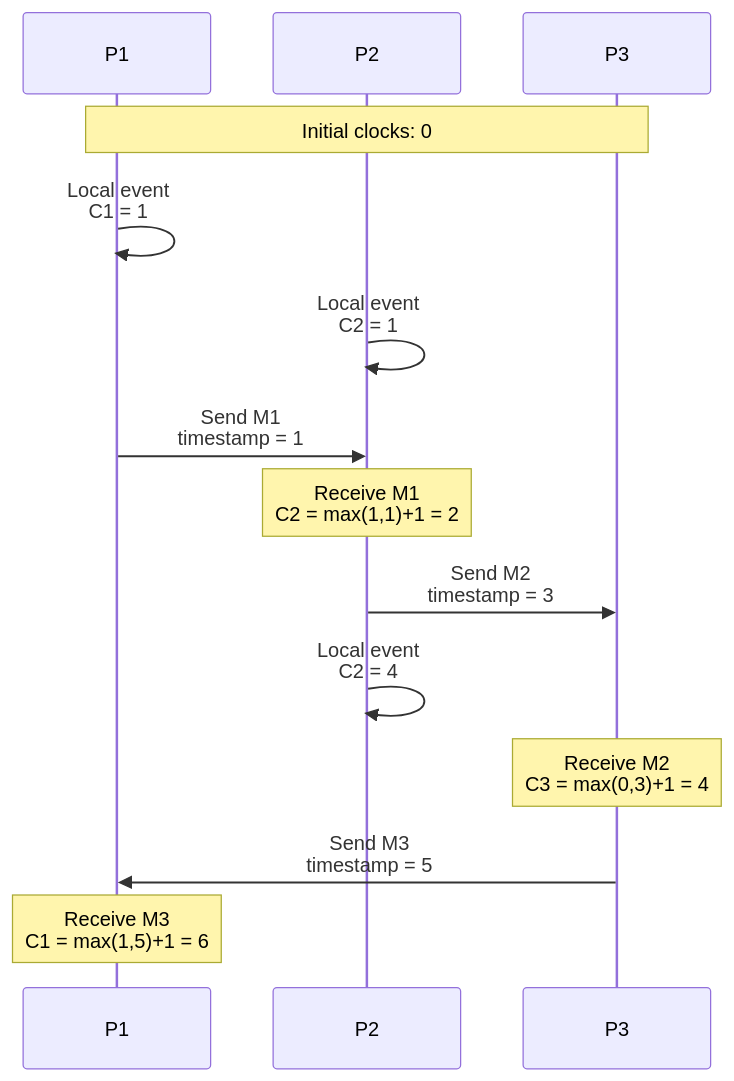
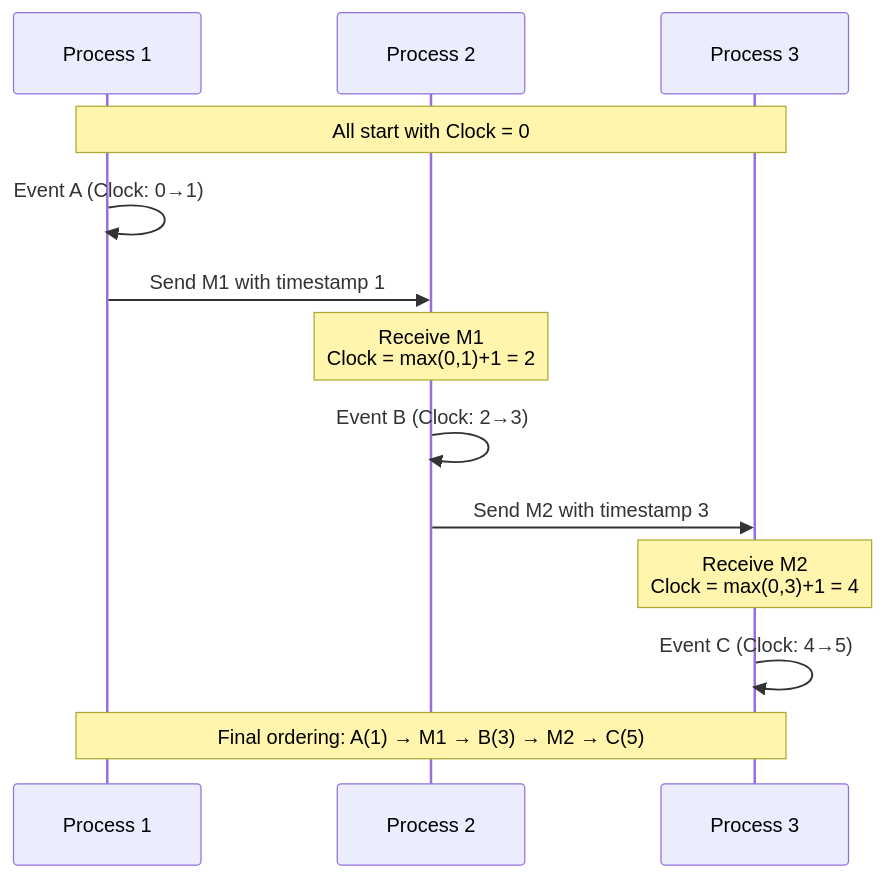
The third of 12 diagrams in docs/pattern-library/coordination/logical-clocks.md (deepaucksharma/DStudio), drawn with Mermaid before and after one commit. The commit also changed other lines of this file and 92 other files, not shown here.

````diff
--- a/docs/pattern-library/coordination/logical-clocks.md
+++ b/docs/pattern-library/coordination/logical-clocks.md
@@ -108,22 +114,18 @@
 ```mermaid
 sequenceDiagram
- participant P1
- participant P2
- participant P3
- 
- Note over P1,P3: Initial clocks: 0
- 
- P1->>P1: Local event<br/>C1 = 1
- P2->>P2: Local event<br/>C2 = 1
- 
- P1->>P2: Send M1<br/>timestamp = 1
- Note over P2: Receive M1<br/>C2 = max(1,1)+1 = 2
- 
- P2->>P3: Send M2<br/>timestamp = 3
- P2->>P2: Local event<br/>C2 = 4
- 
- Note over P3: Receive M2<br/>C3 = max(0,3)+1 = 4
- 
- P3->>P1: Send M3<br/>timestamp = 5
- Note over P1: Receive M3<br/>C1 = max(1,5)+1 = 6
+    participant P1 as Process 1
+    participant P2 as Process 2
+    participant P3 as Process 3
+    
+    Note over P1,P3: All start with Clock = 0
+    
+    P1->>P1: Event A (Clock: 0→1)
+    P1->>P2: Send M1 with timestamp 1
+    Note over P2: Receive M1<br/>Clock = max(0,1)+1 = 2
+    P2->>P2: Event B (Clock: 2→3)
+    P2->>P3: Send M2 with timestamp 3
+    Note over P3: Receive M2<br/>Clock = max(0,3)+1 = 4
+    P3->>P3: Event C (Clock: 4→5)
+    
+    Note over P1,P3: Final ordering: A(1) → M1 → B(3) → M2 → C(5)
 ```
````
